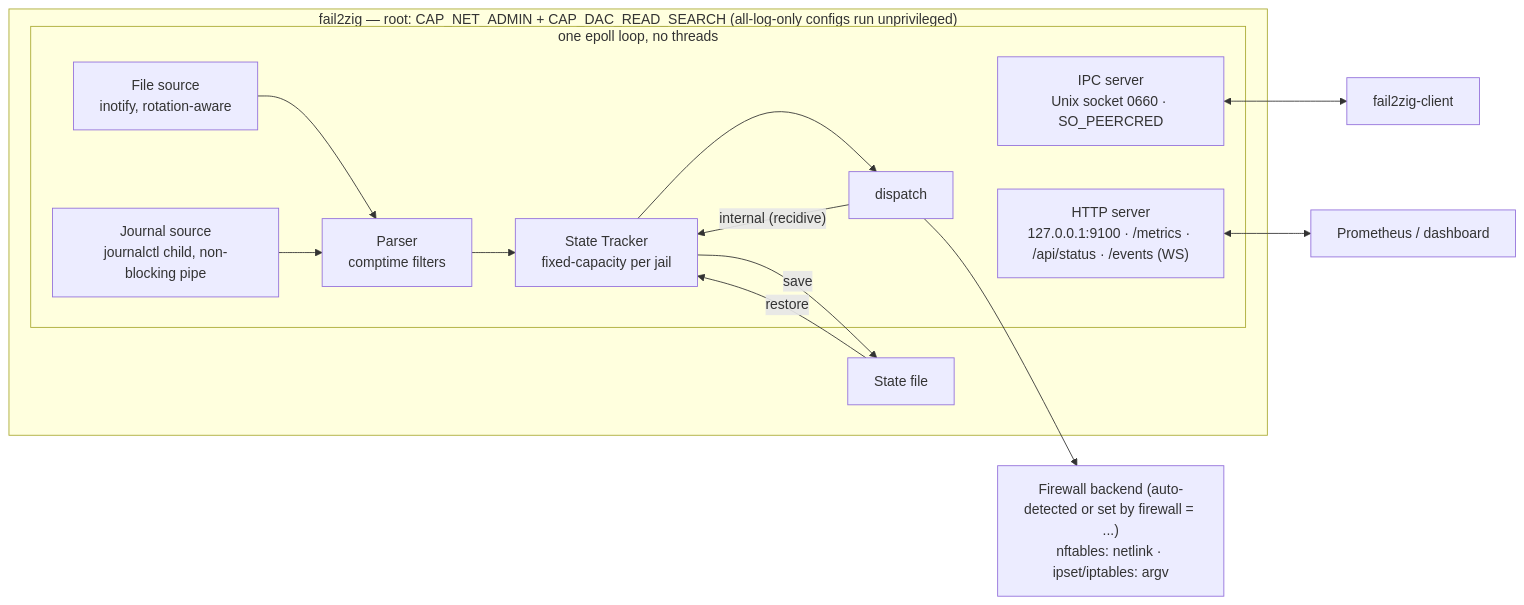
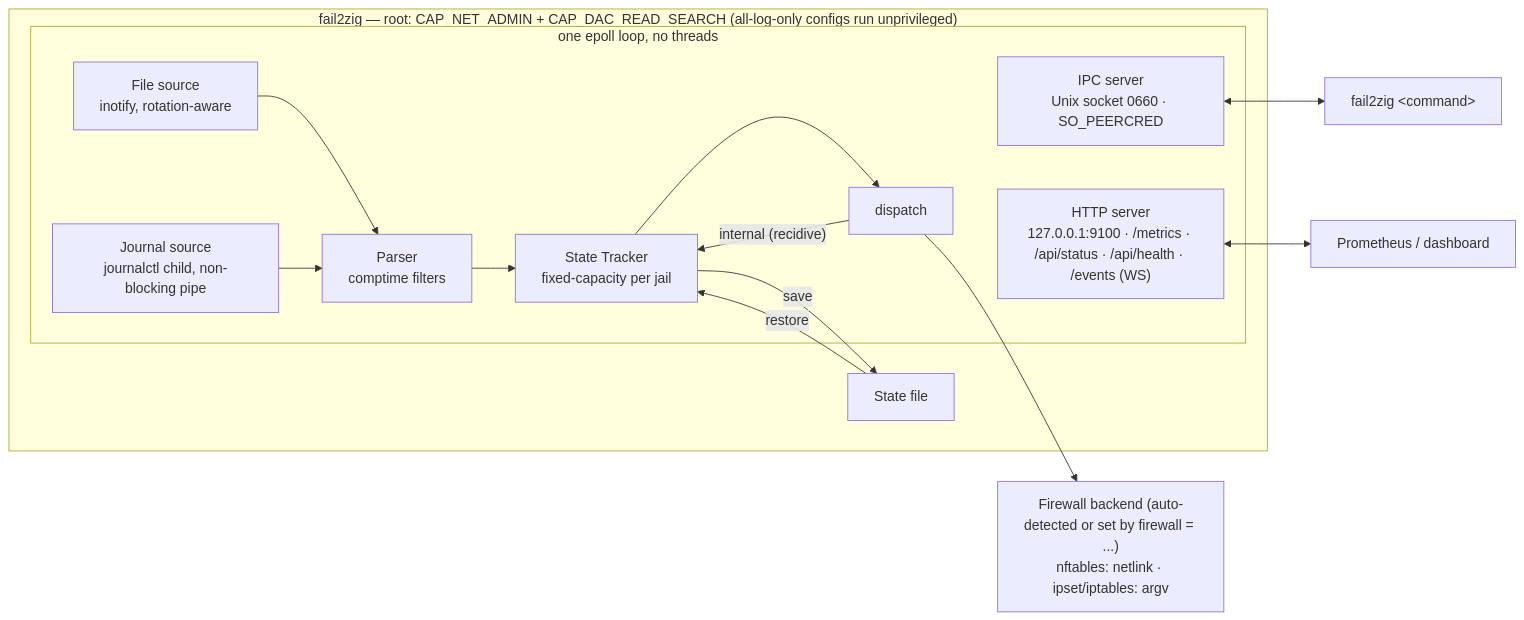
Before and after one commit to ul0gic/fail2zig: the diagram in README.md, drawn with Mermaid. The commit also changed other lines of this file and 109 other files, not shown here.

````diff
--- a/README.md
+++ b/README.md
@@ -122,32 +123,32 @@
 ```mermaid
 flowchart LR
     subgraph Daemon["fail2zig — root: CAP_NET_ADMIN + CAP_DAC_READ_SEARCH (all-log-only configs run unprivileged)"]
         subgraph Loop["one epoll loop, no threads"]
             FS["File source<br/>inotify, rotation-aware"]
             JS["Journal source<br/>journalctl child, non-blocking pipe"]
             PE["Parser<br/>comptime filters"]
             ST["State Tracker<br/>fixed-capacity per jail"]
             DP["dispatch"]
             IPC["IPC server<br/>Unix socket 0660 · SO_PEERCRED"]
-            HTTP["HTTP server<br/>127.0.0.1:9100 · /metrics · /api/status · /events (WS)"]
+            HTTP["HTTP server<br/>127.0.0.1:9100 · /metrics · /api/status · /api/health · /events (WS)"]
         end
         SF["State file"]
     end
 
     BE["Firewall backend (auto-detected or set by firewall = ...)<br/>nftables: netlink · ipset/iptables: argv"]
-    CLI["fail2zig-client"]
+    CLI["fail2zig &lt;command&gt;"]
     PROM["Prometheus / dashboard"]
 
     FS --> PE
     JS --> PE
     PE --> ST
     ST --> DP
     DP --> BE
     DP -->|"internal (recidive)"| ST
     ST -->|save| SF
     SF -->|restore| ST
     IPC <--> CLI
     HTTP <--> PROM
     DP ~~~ IPC
     DP ~~~ HTTP
 ```
````
